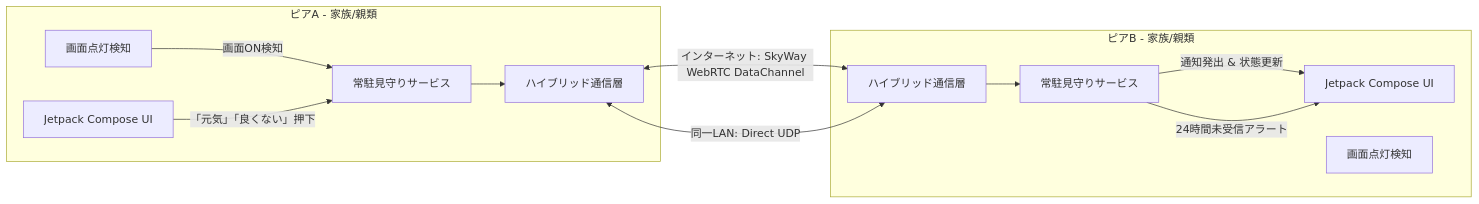
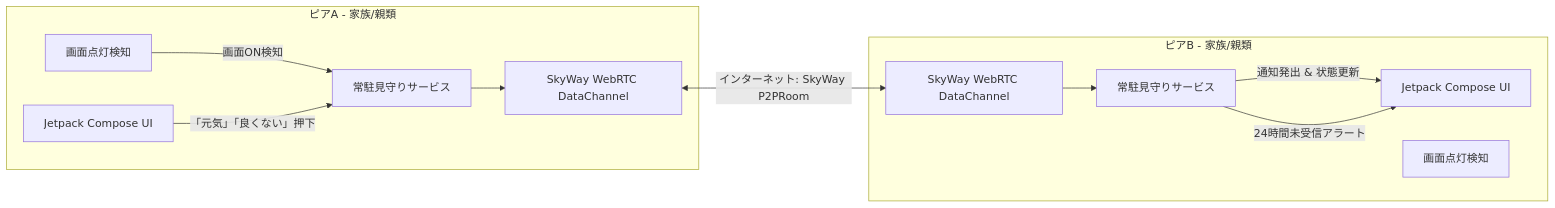
One commit to amekusa03/BugsLife changed the diagram in README.ja.md. Above: the diagram before and after it, drawn with Mermaid. The commit also changed other lines of this file and 40 other files, not shown here.

Commit message:
Update SkyWay SDK to 2.9.0, add app icon, remove hardcoded keys, and finalize documentation

````diff
--- a/README.ja.md
+++ b/README.ja.md
@@ -60,25 +82,24 @@
 ```mermaid
 graph LR
     subgraph 端末A [ピアA - 家族/親類]
         UI_A[Jetpack Compose UI]
         Service_A[常駐見守りサービス]
         Screen_A[画面点灯検知]
-        Composite_A[ハイブリッド通信層]
+        SkyWay_A[SkyWay WebRTC DataChannel]
     end
 
     subgraph 端末B [ピアB - 家族/親類]
         UI_B[Jetpack Compose UI]
         Service_B[常駐見守りサービス]
         Screen_B[画面点灯検知]
-        Composite_B[ハイブリッド通信層]
+        SkyWay_B[SkyWay WebRTC DataChannel]
     end
 
     Screen_A -->|画面ON検知| Service_A
     UI_A -->|「元気」「良くない」押下| Service_A
-    Service_A --> Composite_A
-    Composite_A <-->|インターネット: SkyWay WebRTC DataChannel| Composite_B
-    Composite_A <-->|同一LAN: Direct UDP| Composite_B
-    Composite_B --> Service_B
+    Service_A --> SkyWay_A
+    SkyWay_A <-->|インターネット: SkyWay P2PRoom| SkyWay_B
+    SkyWay_B --> Service_B
     Service_B -->|通知発出 & 状態更新| UI_B
     Service_B -->|24時間未受信アラート| UI_B
 ```
````
